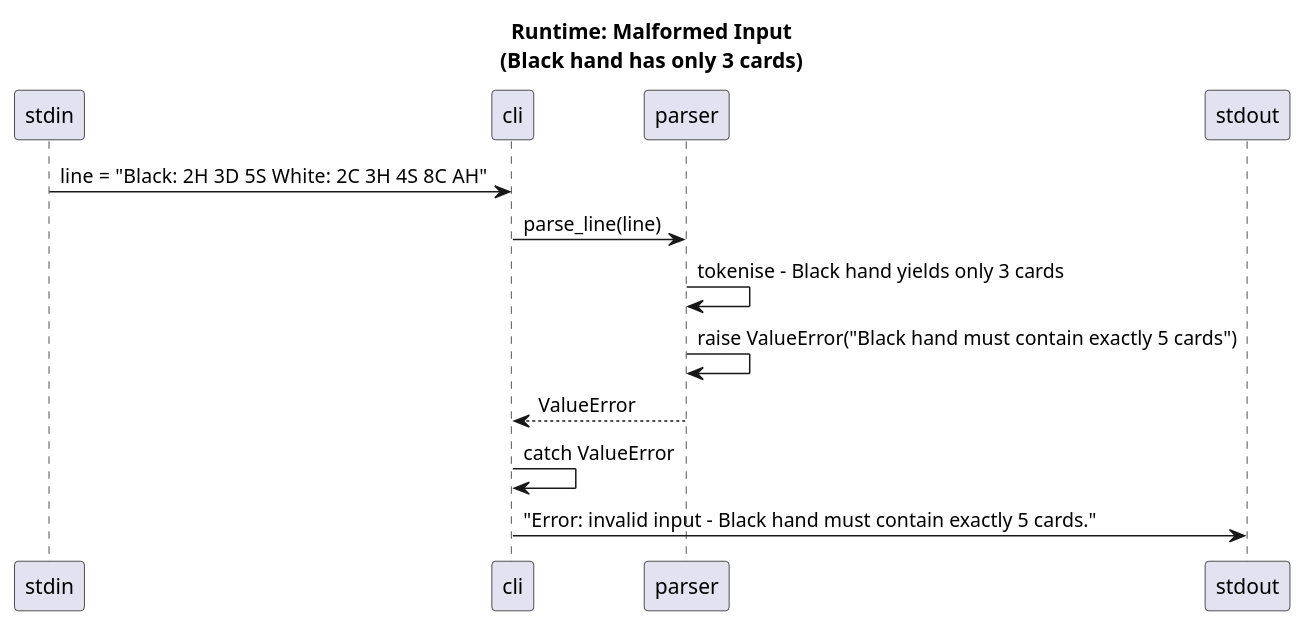
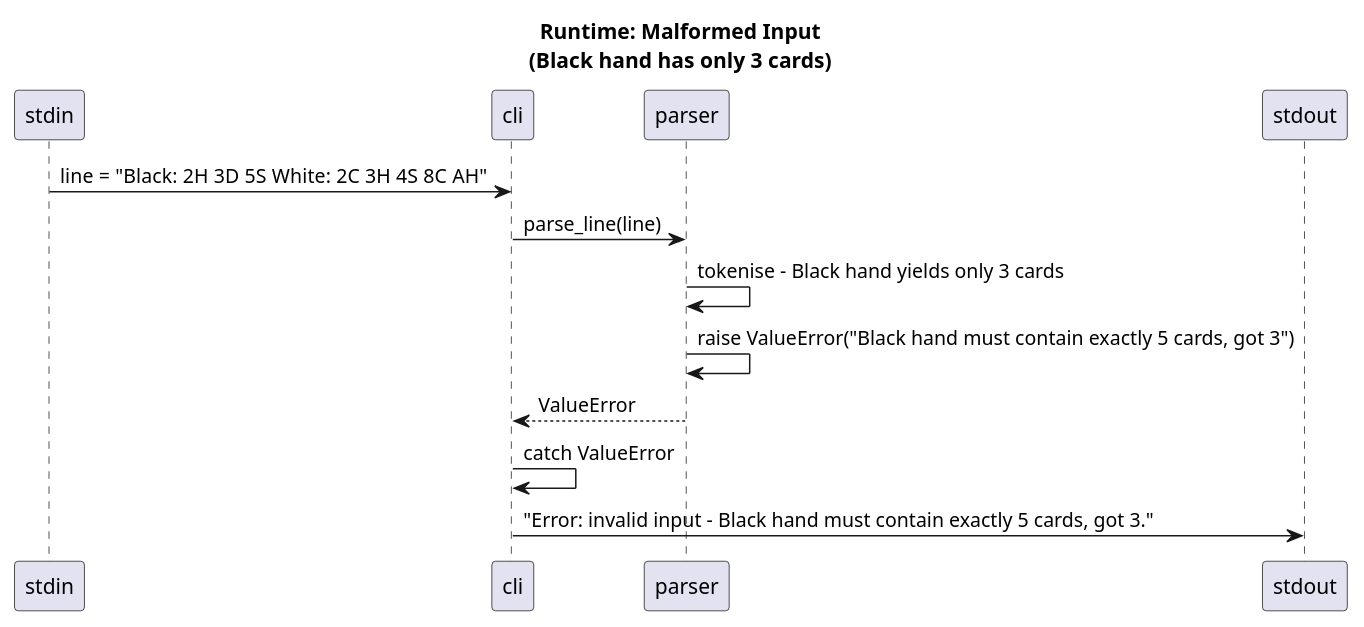
Before and after one commit to resetarp/agentic-sdlc-petar-resetar: the diagram in architecture/diagrams/seq-malformed-input.puml, drawn with PlantUML. The commit also changed 1 other file, not shown here.

Commit message:
#4 docs(architecture): update malformed-input diagram to new error line
Shows the error line format from Ch 8.2 and the wrong-count message
with the actual count: "Error: invalid input - Black hand must contain
exactly 5 cards, got 3."

```diff
--- a/architecture/diagrams/seq-malformed-input.puml
+++ b/architecture/diagrams/seq-malformed-input.puml
@@ -1,19 +1,19 @@
 @startuml seq-malformed-input
 title Runtime: Malformed Input\n(Black hand has only 3 cards)
 
 participant "stdin" as stdin
 participant "cli" as cli
 participant "parser" as parser
 participant "stdout" as stdout
 
 stdin -> cli : line = "Black: 2H 3D 5S  White: 2C 3H 4S 8C AH"
 
 cli -> parser : parse_line(line)
 parser -> parser : tokenise - Black hand yields only 3 cards
-parser -> parser : raise ValueError("Black hand must contain exactly 5 cards")
+parser -> parser : raise ValueError("Black hand must contain exactly 5 cards, got 3")
 parser --> cli : ValueError
 
 cli -> cli : catch ValueError
-cli -> stdout : "Error: invalid input – Black hand must contain exactly 5 cards."
+cli -> stdout : "Error: invalid input - Black hand must contain exactly 5 cards, got 3."
 
 @enduml
```
